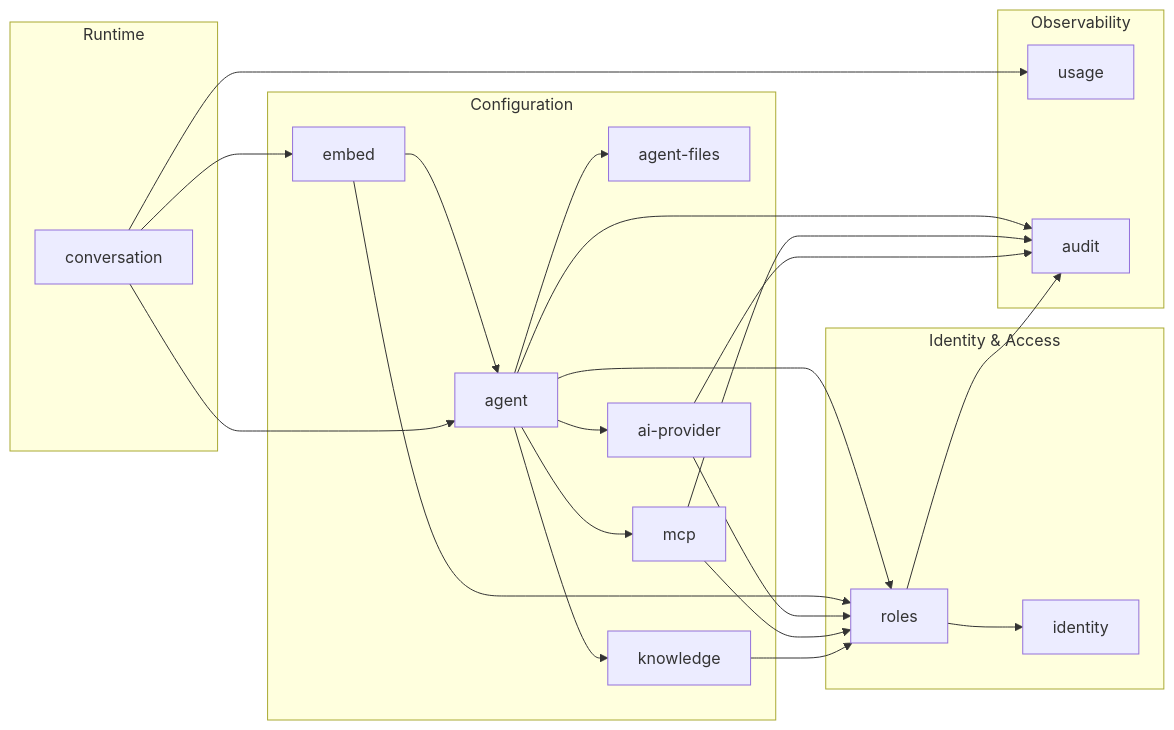
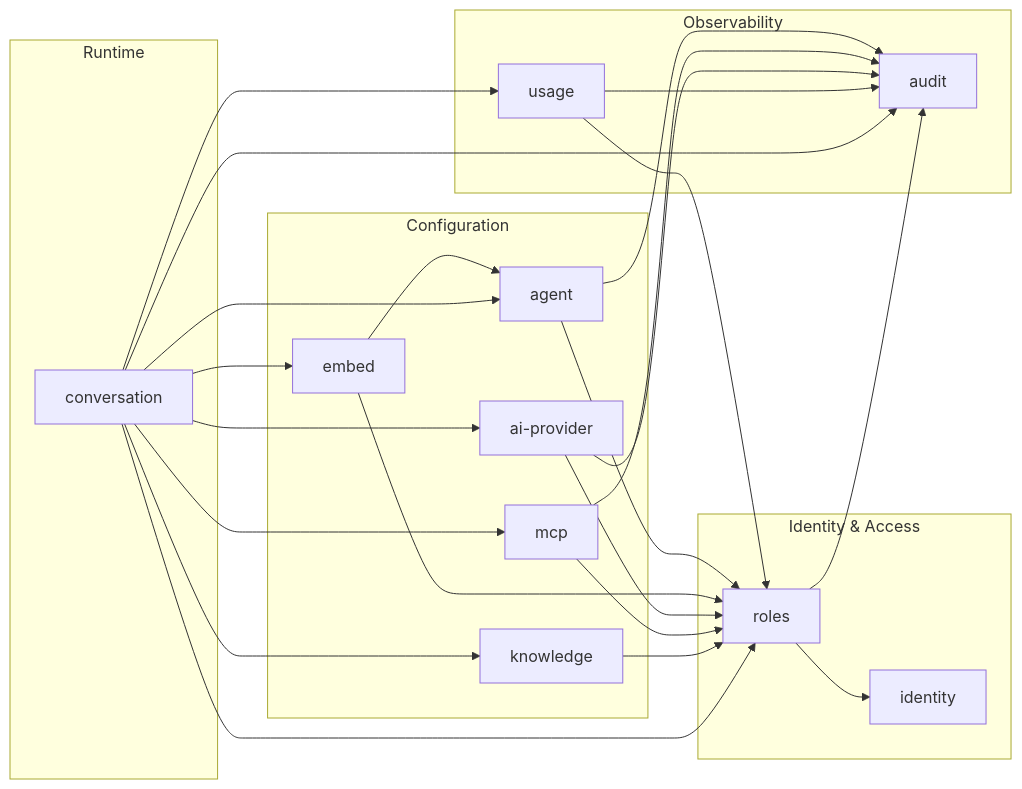
The diagram in docs/architecture/module-diagram.md (Talqo/talqo), drawn with Mermaid before and after one commit. The commit also changed other lines of this file and 1 other file, not shown here.

First line of the commit message:
docs: scope architecture docs to what the implementation makes false

````diff
--- a/docs/architecture/module-diagram.md
+++ b/docs/architecture/module-diagram.md
@@ -9,47 +9,49 @@
 ```mermaid
 graph LR
     subgraph "Identity & Access"
         identity[identity]
         roles[roles]
     end
 
     subgraph "Configuration"
         agent[agent]
-        agent_files["agent-files"]
         embed[embed]
         ai_provider["ai-provider"]
         mcp[mcp]
         knowledge[knowledge]
     end
 
     subgraph "Runtime"
         conversation[conversation]
     end
 
     subgraph "Observability"
         usage[usage]
         audit[audit]
     end
 
     roles --> identity
 
     agent --> roles
-    agent --> agent_files
-    agent --> ai_provider
-    agent --> mcp
-    agent --> knowledge
     embed --> agent
     embed --> roles
     ai_provider --> roles
     mcp --> roles
     knowledge --> roles
+    usage --> roles
 
     conversation --> embed
     conversation --> agent
+    conversation --> ai_provider
+    conversation --> mcp
+    conversation --> knowledge
     conversation --> usage
+    conversation --> roles
 
     roles --> audit
     agent --> audit
     mcp --> audit
     ai_provider --> audit
+    usage --> audit
+    conversation --> audit
 ```
````
